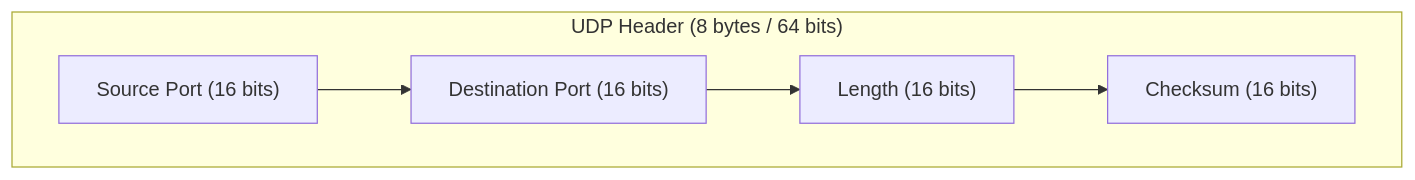
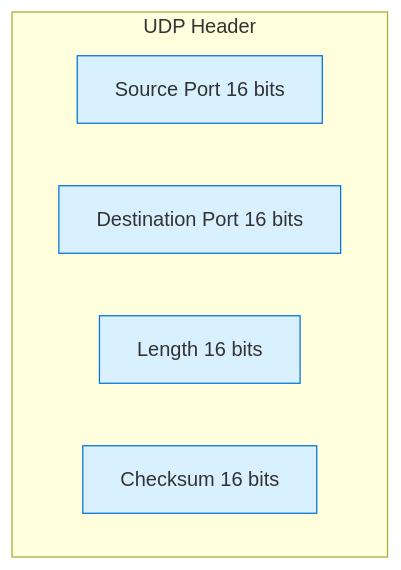
One commit to pavbjj/tcp-ip-deep-dive changed the second of 3 diagrams in headers/headers.md. Above: the diagram before and after it, drawn with Mermaid. The commit also changed other lines of this file, not shown here.

````diff
--- a/headers/headers.md
+++ b/headers/headers.md
@@ -31,11 +31,11 @@
 ``` mermaid
-flowchart TB
-    subgraph UDP["UDP Header (8 bytes / 64 bits)"]
-        A["Source Port (16 bits)"]
-        B["Destination Port (16 bits)"]
-        C["Length (16 bits)"]
-        D["Checksum (16 bits)"]
+graph TD
+    subgraph UDP_Header["UDP Header"]
+        A1["Source Port 16 bits"]:::field
+        A2["Destination Port 16 bits"]:::field
+        B1["Length 16 bits"]:::field
+        B2["Checksum 16 bits"]:::field
     end
 
-    A --> B --> C --> D
+    classDef field fill:#d9f0ff,stroke:#0074D9,stroke-width:1px;
 ```
````
